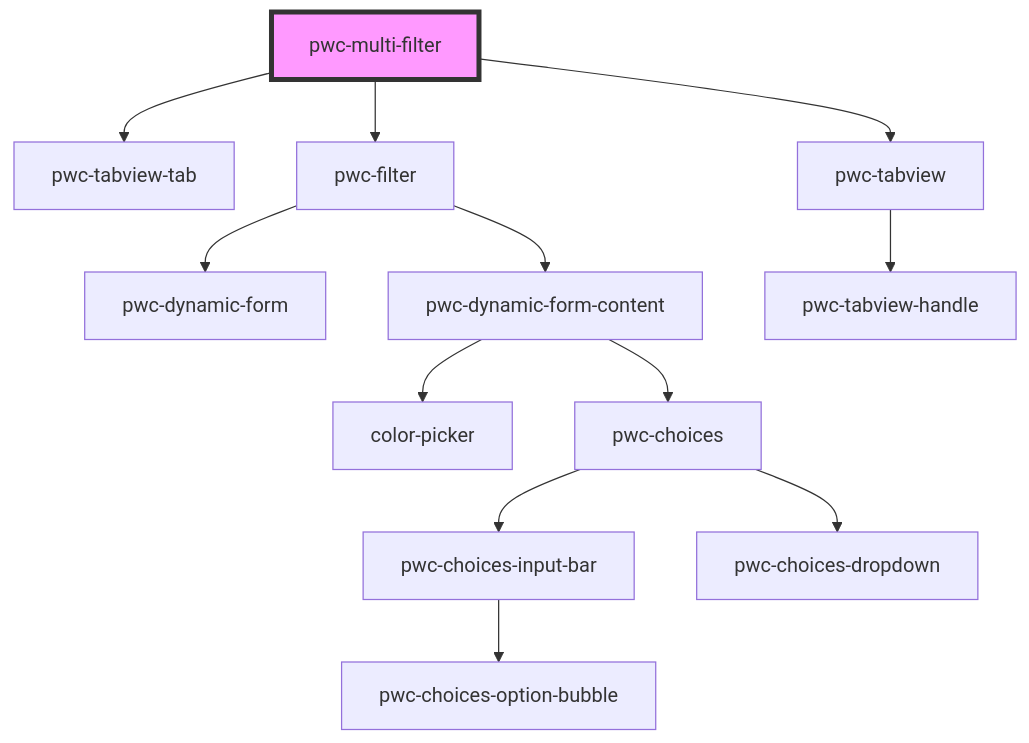
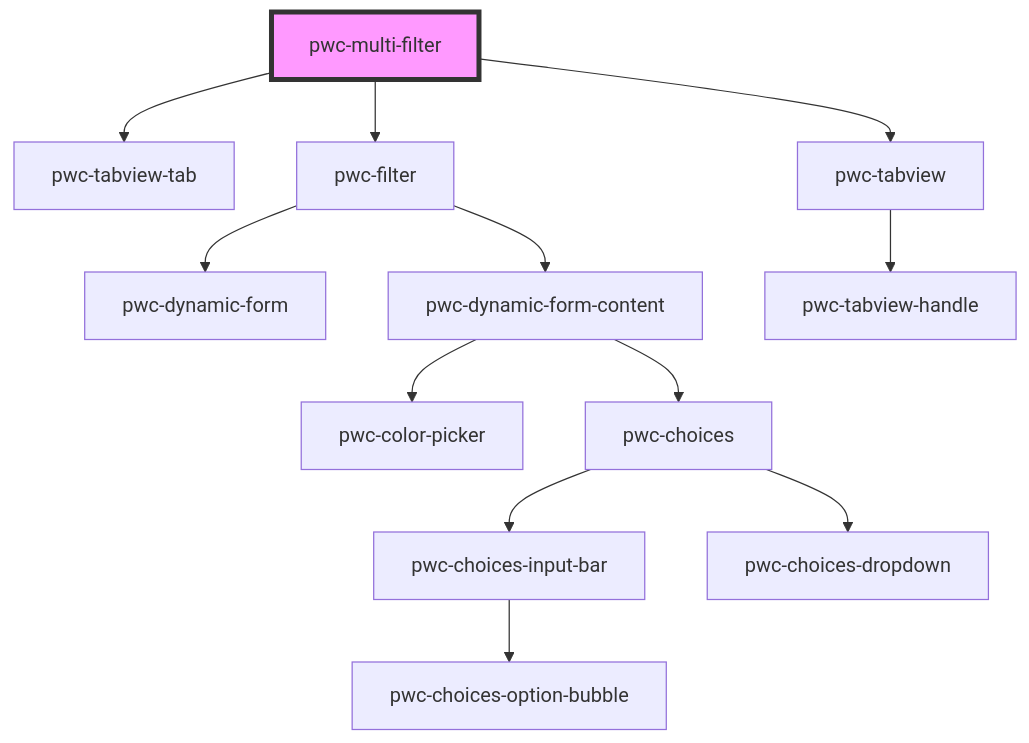
One commit to Paraboly/pwc-multi-filter changed the diagram in src/components/pwc-multi-filter/readme.md. Above: the diagram before and after it, drawn with Mermaid. The commit also changed 3 other files, not shown here.

````diff
--- a/src/components/pwc-multi-filter/readme.md
+++ b/src/components/pwc-multi-filter/readme.md
@@ -95,15 +95,15 @@
 ```mermaid
 graph TD;
   pwc-multi-filter --> pwc-tabview-tab
   pwc-multi-filter --> pwc-filter
   pwc-multi-filter --> pwc-tabview
   pwc-filter --> pwc-dynamic-form
   pwc-filter --> pwc-dynamic-form-content
-  pwc-dynamic-form-content --> color-picker
+  pwc-dynamic-form-content --> pwc-color-picker
   pwc-dynamic-form-content --> pwc-choices
   pwc-choices --> pwc-choices-input-bar
   pwc-choices --> pwc-choices-dropdown
   pwc-choices-input-bar --> pwc-choices-option-bubble
   pwc-tabview --> pwc-tabview-handle
   style pwc-multi-filter fill:#f9f,stroke:#333,stroke-width:4px
 ```
````
